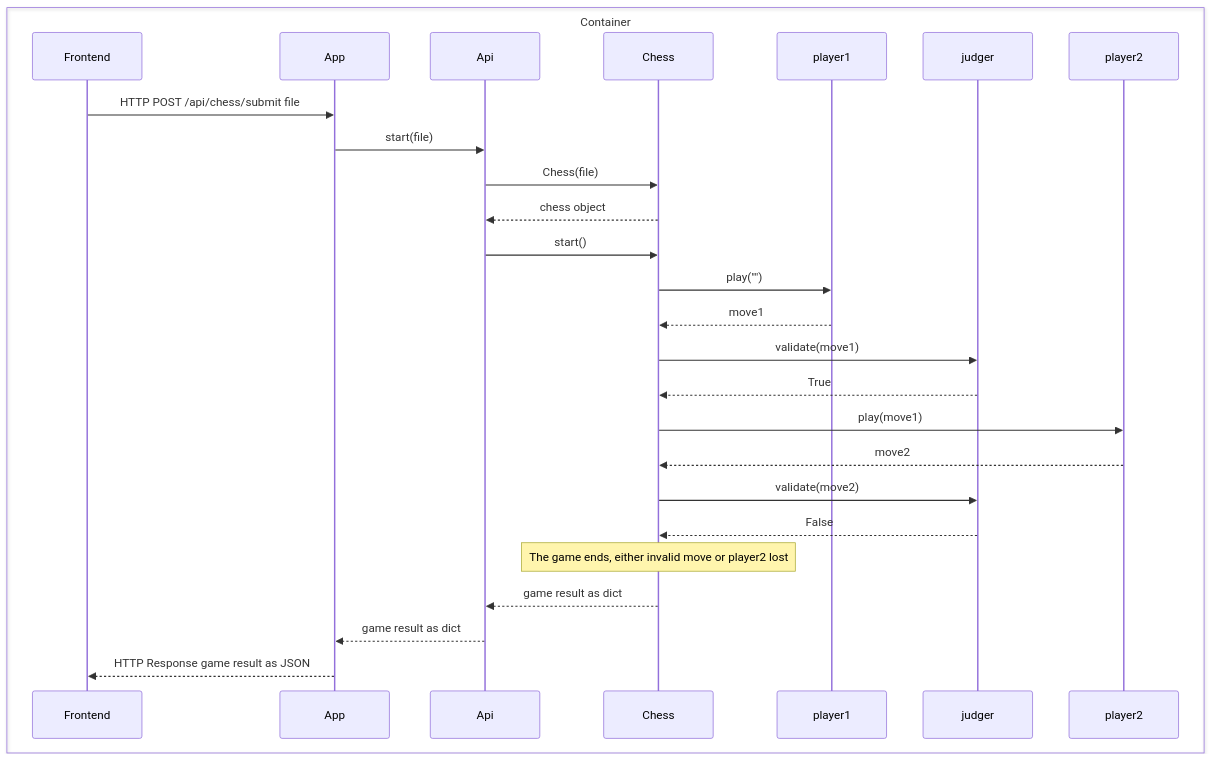
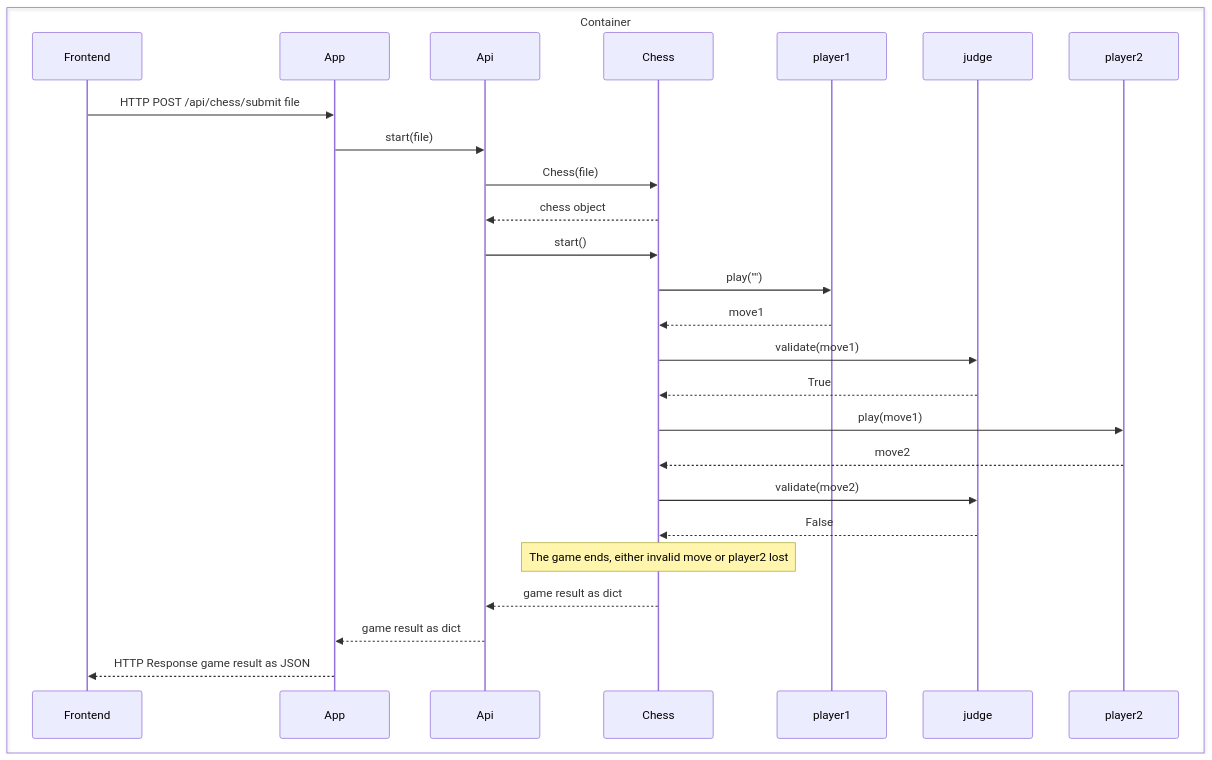
Before and after one commit to game-ai-platform-team/tira-ai-platform: the second of 3 diagrams in docs/architecture.md, drawn with Mermaid. The commit also changed 4 other files, not shown here.

Commit message:
fix(grammar): Rename judger to judge

````diff
--- a/docs/architecture.md
+++ b/docs/architecture.md
@@ -48,38 +48,38 @@
 ```mermaid
 sequenceDiagram
 
 Frontend ->> App: HTTP POST /api/chess/submit file
 
 App ->> Api: start(file)
 Api ->> Chess: Chess(file)
 Chess -->> Api: chess object
 Api ->> Chess: start()
 
 Chess ->> player1: play("")
 player1 -->> Chess: move1
 
-Chess ->> judger: validate(move1)
-judger -->> Chess: True
+Chess ->> judge: validate(move1)
+judge -->> Chess: True
 
 Chess ->> player2: play(move1)
 player2 -->> Chess: move2
 
-Chess ->> judger: validate(move2)
-judger -->> Chess: False
+Chess ->> judge: validate(move2)
+judge -->> Chess: False
 Note over Chess: The game ends, either invalid move or player2 lost
 
 Chess -->> Api: game result as dict
 Api -->> App: game result as dict
 
 App -->> Frontend: HTTP Response game result as JSON
 
 box Container
     participant Frontend
     participant App
     participant Api
     participant Chess
     participant player1
     participant player2
-    participant judger
+    participant judge
 end
 ```
````
